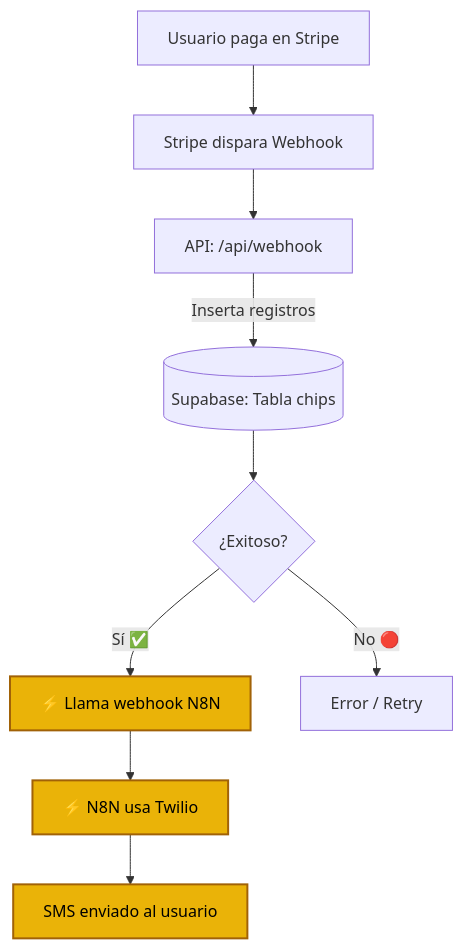
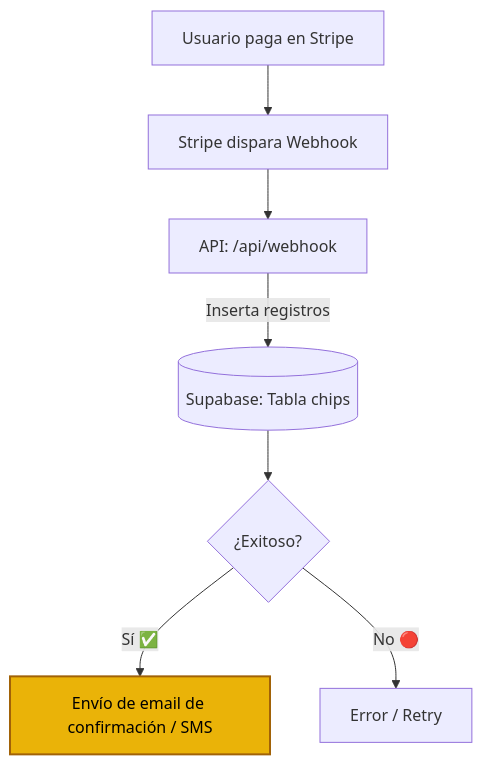
The first of 6 diagrams in docs/FLUJOS_SISTEMA.md (ektorromo-dev/rescue-chip), drawn with Mermaid before and after one commit. The commit also changed other lines of this file and 2 other files, not shown here.

Commit message:
fix(activate): remove n8n webhook calls and update admin insights

````diff
--- a/docs/FLUJOS_SISTEMA.md
+++ b/docs/FLUJOS_SISTEMA.md
@@ -21,19 +21,17 @@
 ```mermaid
 flowchart TD
     A[Usuario paga en Stripe] --> B[Stripe dispara Webhook]
     B --> C[API: /api/webhook]
     C -->|Inserta registros| D[(Supabase: Tabla chips)]
     
     D --> E{¿Exitoso?}
-    E -- Sí ✅ --> F[⚡ Llama webhook N8N]
-    F --> G[⚡ N8N usa Twilio]
-    G --> H[SMS enviado al usuario]
+    E -- Sí ✅ --> F[Envío de email de confirmación / SMS]
     
     E -- No 🔴 --> I[Error / Retry]
 
     classDef success fill:#4ade80,stroke:#166534,stroke-width:2px,color:#000;
     classDef error fill:#f87171,stroke:#991b1b,stroke-width:2px,color:#fff;
     classDef external fill:#eab308,stroke:#a16207,stroke-width:2px,color:#000;
     
-    class F,G,H external;
+    class F external;
 ```
````
